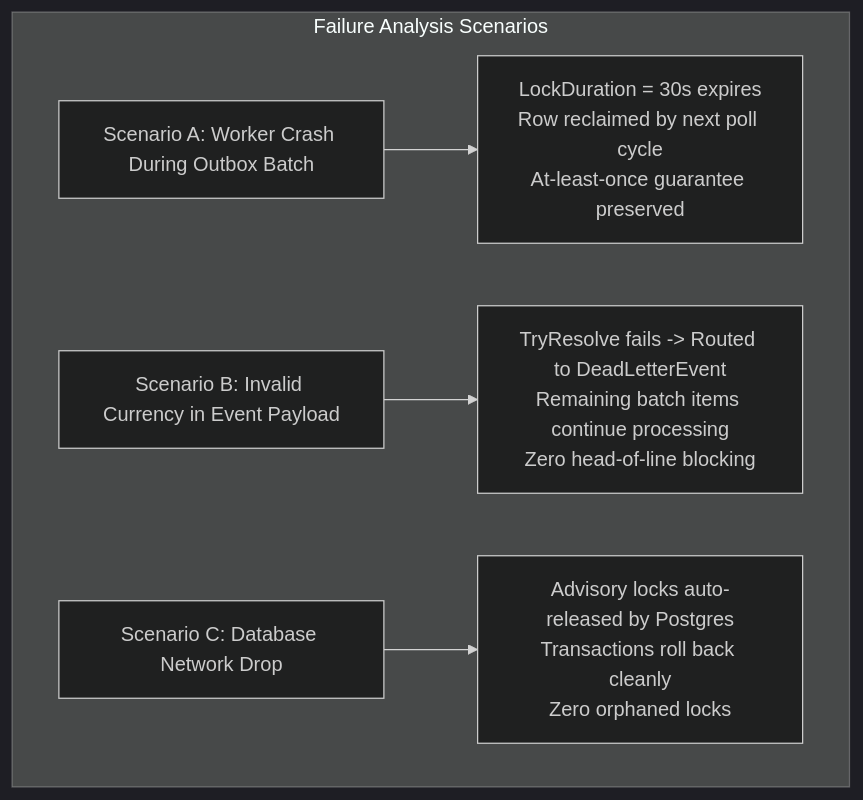
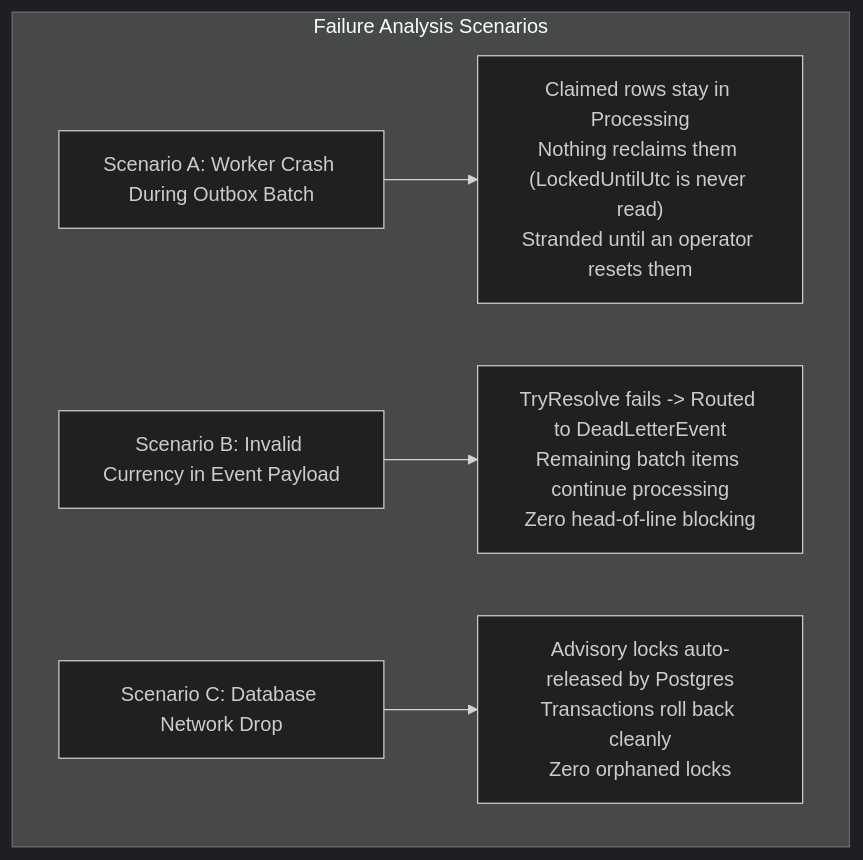
Before and after one commit to maysamgamini/crowdfundinghub: the tenth of 13 diagrams in docs/TRADE_OFFS_AND_LIMITATIONS.md, drawn with Mermaid (dark theme). The commit also changed other lines of this file and 20 other files, not shown here.

````diff
--- a/docs/TRADE_OFFS_AND_LIMITATIONS.md
+++ b/docs/TRADE_OFFS_AND_LIMITATIONS.md
@@ -565,8 +568,8 @@
 ```mermaid
 graph TD
     subgraph "Failure Analysis Scenarios"
-        F1["Scenario A: Worker Crash During Outbox Batch"] --> R1["LockDuration = 30s expires<br/>Row reclaimed by next poll cycle<br/>At-least-once guarantee preserved"]
+        F1["Scenario A: Worker Crash During Outbox Batch"] --> R1["Claimed rows stay in Processing<br/>Nothing reclaims them (LockedUntilUtc is never read)<br/>Stranded until an operator resets them"]
         F2["Scenario B: Invalid Currency in Event Payload"] --> R2["TryResolve fails -> Routed to DeadLetterEvent<br/>Remaining batch items continue processing<br/>Zero head-of-line blocking"]
         F3["Scenario C: Database Network Drop"] --> R3["Advisory locks auto-released by Postgres<br/>Transactions roll back cleanly<br/>Zero orphaned locks"]
     end
 ```
````
